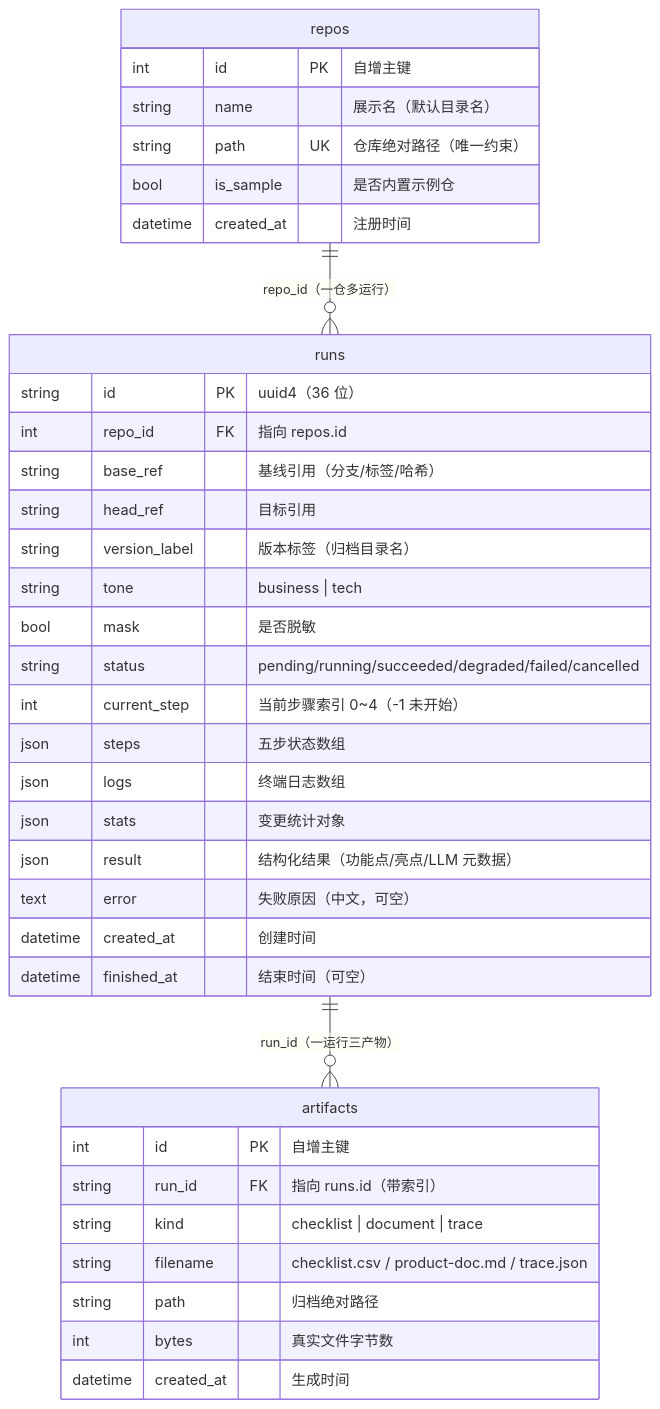
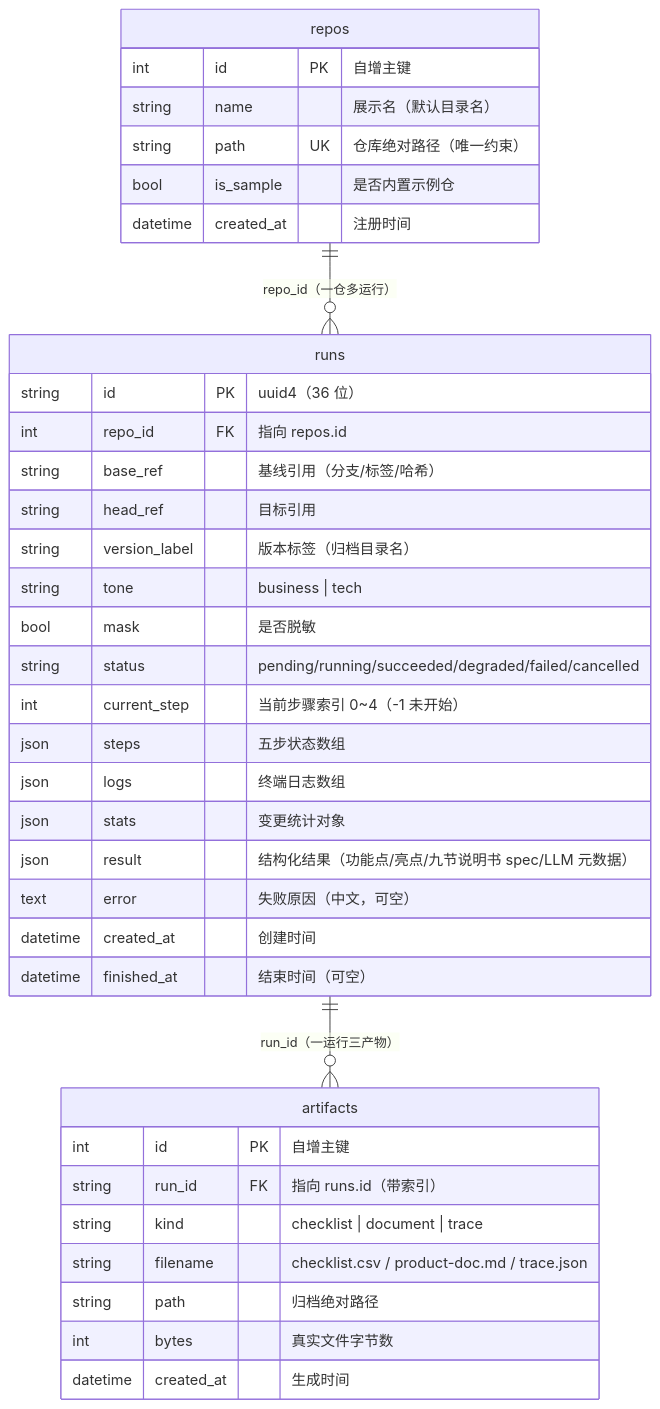
Before and after one commit to Jimmy-CH/ai-practice: the ninth of 9 diagrams in doc-release/docs/产品说明.md, drawn with Mermaid. The commit also changed other lines of this file and 22 other files, not shown here.

````diff
--- a/doc-release/docs/产品说明.md
+++ b/doc-release/docs/产品说明.md
@@ -304,40 +335,40 @@
 ```mermaid
 erDiagram
     repos ||--o{ runs : "repo_id（一仓多运行）"
     runs ||--o{ artifacts : "run_id（一运行三产物）"
 
     repos {
         int id PK "自增主键"
         string name "展示名（默认目录名）"
         string path UK "仓库绝对路径（唯一约束）"
         bool is_sample "是否内置示例仓"
         datetime created_at "注册时间"
     }
     runs {
         string id PK "uuid4（36 位）"
         int repo_id FK "指向 repos.id"
         string base_ref "基线引用（分支/标签/哈希）"
         string head_ref "目标引用"
         string version_label "版本标签（归档目录名）"
         string tone "business | tech"
         bool mask "是否脱敏"
         string status "pending/running/succeeded/degraded/failed/cancelled"
         int current_step "当前步骤索引 0~4（-1 未开始）"
         json steps "五步状态数组"
         json logs "终端日志数组"
         json stats "变更统计对象"
-        json result "结构化结果（功能点/亮点/LLM 元数据）"
+        json result "结构化结果（功能点/亮点/九节说明书 spec/LLM 元数据）"
         text error "失败原因（中文，可空）"
         datetime created_at "创建时间"
         datetime finished_at "结束时间（可空）"
     }
     artifacts {
         int id PK "自增主键"
         string run_id FK "指向 runs.id（带索引）"
         string kind "checklist | document | trace"
         string filename "checklist.csv / product-doc.md / trace.json"
         string path "归档绝对路径"
         int bytes "真实文件字节数"
         datetime created_at "生成时间"
     }
 ```
````
